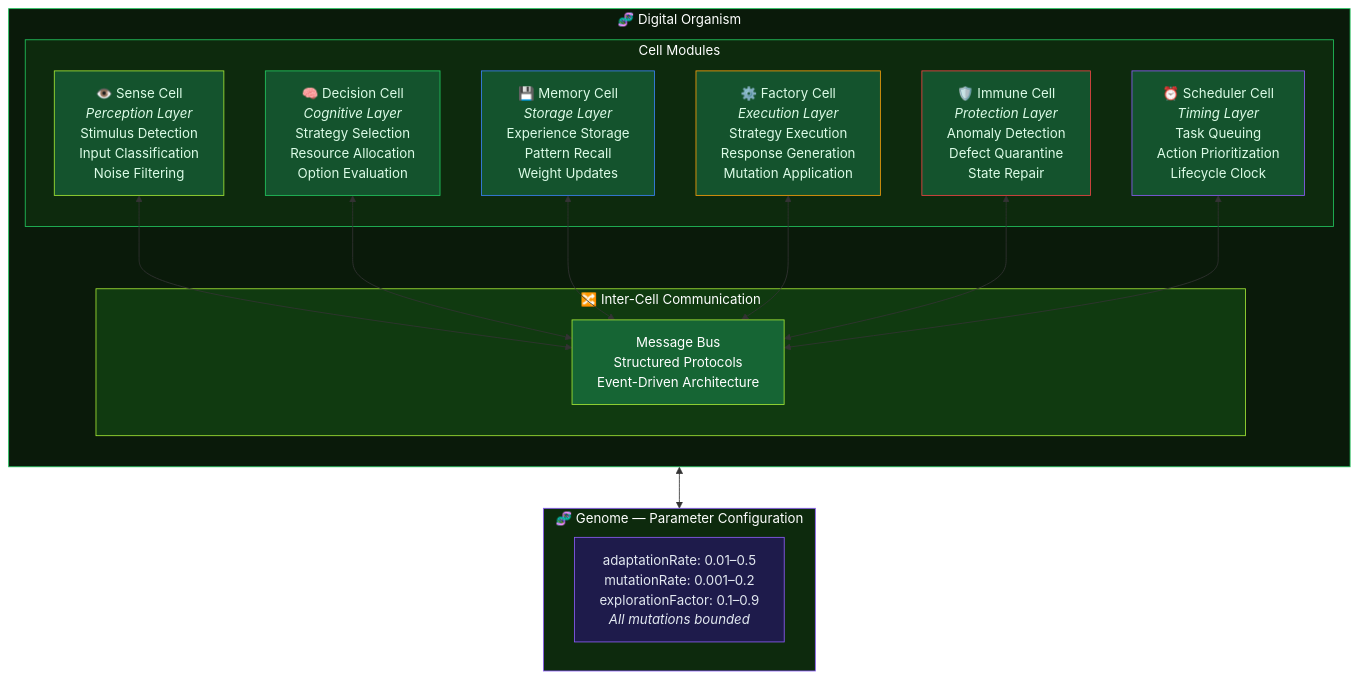
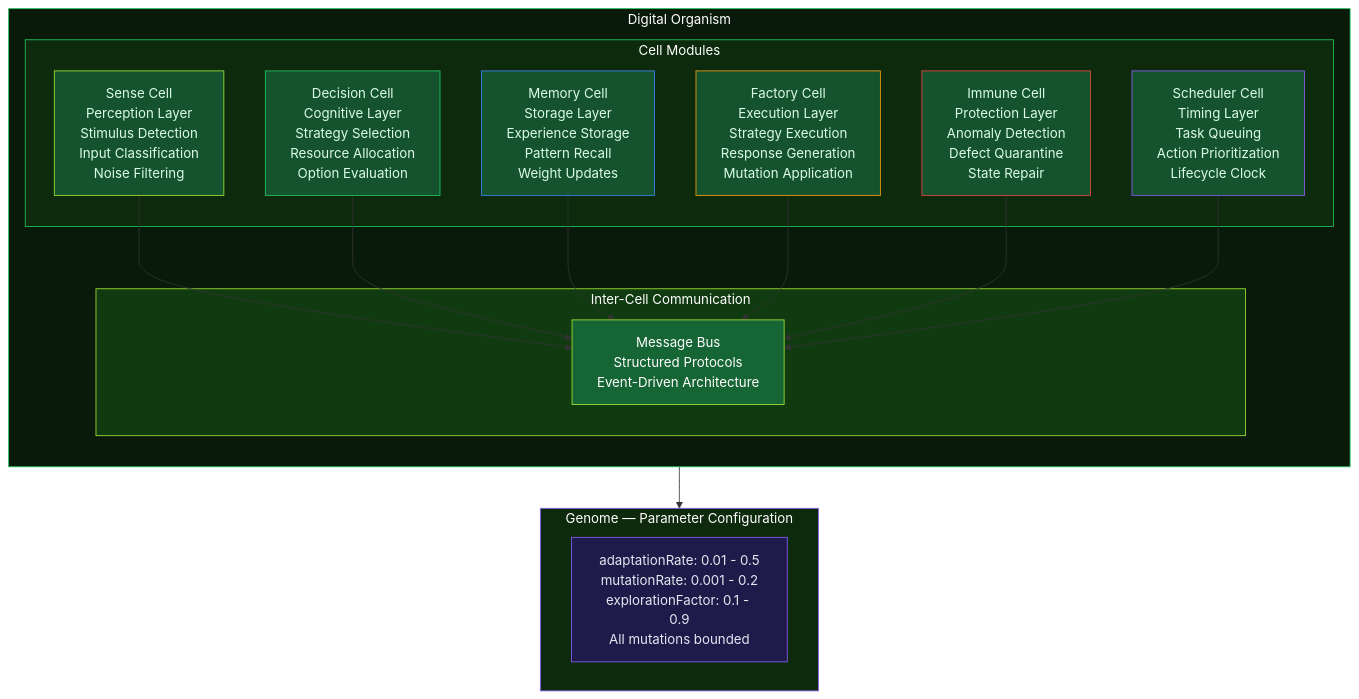
The second of 5 diagrams in README.md (mulkymalikuldhrs/autonomous-organism), drawn with Mermaid before and after one commit. The commit also changed other lines of this file and 1 other file, not shown here.

Commit message:
🎨 Upgrade: banner image + fixed Mermaid + animations + flow diagrams

````diff
--- a/README.md
+++ b/README.md
@@ -232,39 +109,44 @@
 ```mermaid
 flowchart TB
-    subgraph ORGANISM["🧬 Digital Organism"]
+    subgraph ORGANISM["Digital Organism"]
         direction TB
 
         subgraph CELLS["Cell Modules"]
-            SENSE["👁️ Sense Cell<br/><i>Perception Layer</i><br/>Stimulus Detection<br/>Input Classification<br/>Noise Filtering"]
-            DECIDE["🧠 Decision Cell<br/><i>Cognitive Layer</i><br/>Strategy Selection<br/>Resource Allocation<br/>Option Evaluation"]
-            MEM["💾 Memory Cell<br/><i>Storage Layer</i><br/>Experience Storage<br/>Pattern Recall<br/>Weight Updates"]
-            FACT["⚙️ Factory Cell<br/><i>Execution Layer</i><br/>Strategy Execution<br/>Response Generation<br/>Mutation Application"]
-            IMMUNE["🛡️ Immune Cell<br/><i>Protection Layer</i><br/>Anomaly Detection<br/>Defect Quarantine<br/>State Repair"]
-            SCHED["⏰ Scheduler Cell<br/><i>Timing Layer</i><br/>Task Queuing<br/>Action Prioritization<br/>Lifecycle Clock"]
+            SENSE["Sense Cell<br/>Perception Layer<br/>Stimulus Detection<br/>Input Classification<br/>Noise Filtering"]
+            DECIDE["Decision Cell<br/>Cognitive Layer<br/>Strategy Selection<br/>Resource Allocation<br/>Option Evaluation"]
+            MEM["Memory Cell<br/>Storage Layer<br/>Experience Storage<br/>Pattern Recall<br/>Weight Updates"]
+            FACT["Factory Cell<br/>Execution Layer<br/>Strategy Execution<br/>Response Generation<br/>Mutation Application"]
+            IMMUNE["Immune Cell<br/>Protection Layer<br/>Anomaly Detection<br/>Defect Quarantine<br/>State Repair"]
+            SCHED["Scheduler Cell<br/>Timing Layer<br/>Task Queuing<br/>Action Prioritization<br/>Lifecycle Clock"]
         end
 
-        subgraph COMMS["🔀 Inter-Cell Communication"]
+        subgraph COMMS["Inter-Cell Communication"]
             BUS["Message Bus<br/>Structured Protocols<br/>Event-Driven Architecture"]
         end
     end
 
-    subgraph GENOME["🧬 Genome — Parameter Configuration"]
-        GEN["adaptationRate: 0.01–0.5<br/>mutationRate: 0.001–0.2<br/>explorationFactor: 0.1–0.9<br/><i>All mutations bounded</i>"]
+    subgraph GENOME["Genome — Parameter Configuration"]
+        GEN["adaptationRate: 0.01 - 0.5<br/>mutationRate: 0.001 - 0.2<br/>explorationFactor: 0.1 - 0.9<br/>All mutations bounded"]
     end
 
-    SENSE & DECIDE & MEM & FACT & IMMUNE & SCHED <--> BUS
-    BUS <--> GENOME
+    SENSE --> BUS
+    DECIDE --> BUS
+    MEM --> BUS
+    FACT --> BUS
+    IMMUNE --> BUS
+    SCHED --> BUS
+    BUS --> GENOME
 
     style ORGANISM fill:#0a1a0a,stroke:#22c55e,color:#fff
     style CELLS fill:#0d2a0d,stroke:#22c55e,color:#fff
     style COMMS fill:#103a10,stroke:#a3e635,color:#fff
     style GENOME fill:#0d2a0d,stroke:#8b5cf6,color:#fff
     style SENSE fill:#14532d,stroke:#a3e635,color:#dcfce7
     style DECIDE fill:#14532d,stroke:#22c55e,color:#dcfce7
     style MEM fill:#14532d,stroke:#3b82f6,color:#dcfce7
     style FACT fill:#14532d,stroke:#f59e0b,color:#dcfce7
     style IMMUNE fill:#14532d,stroke:#ef4444,color:#dcfce7
     style SCHED fill:#14532d,stroke:#8b5cf6,color:#dcfce7
     style BUS fill:#166534,stroke:#a3e635,color:#fff
     style GEN fill:#1e1b4b,stroke:#8b5cf6,color:#e2e8f0
 ```
````
